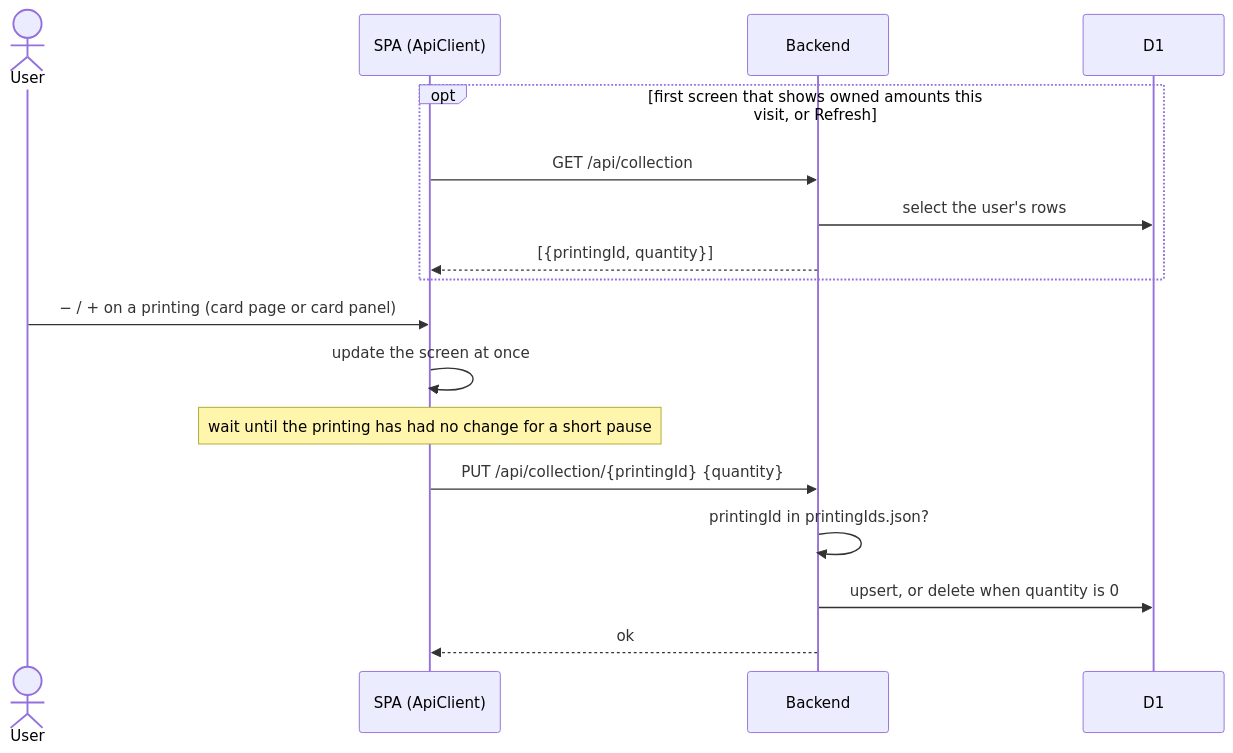
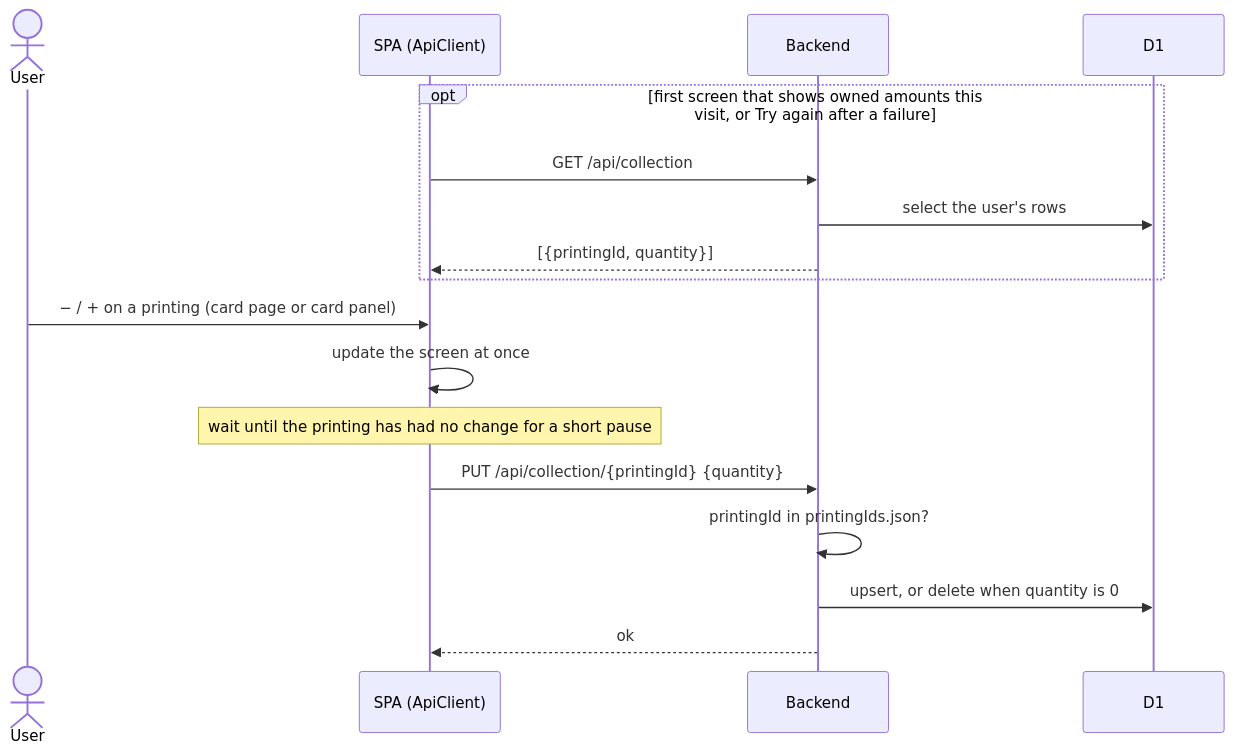
The fifth of 7 diagrams in docs/03-data-and-flows.md (NichAnti/runebinder), drawn with Mermaid before and after one commit. The commit also changed other lines of this file and 120 other files, not shown here.

````diff
--- a/docs/03-data-and-flows.md
+++ b/docs/03-data-and-flows.md
@@ -246,19 +271,19 @@
 ```mermaid
 sequenceDiagram
   actor U as User
   participant S as SPA (ApiClient)
   participant W as Backend
   participant DB as D1
-  opt first screen that shows owned amounts this visit, or Refresh
+  opt first screen that shows owned amounts this visit, or Try again after a failure
     S->>W: GET /api/collection
     W->>DB: select the user's rows
     W-->>S: [{printingId, quantity}]
   end
   U->>S: − / + on a printing (card page or card panel)
   S->>S: update the screen at once
   Note over S: wait until the printing has had no change for a short pause
   S->>W: PUT /api/collection/{printingId} {quantity}
   W->>W: printingId in printingIds.json?
   W->>DB: upsert, or delete when quantity is 0
   W-->>S: ok
 ```
````
